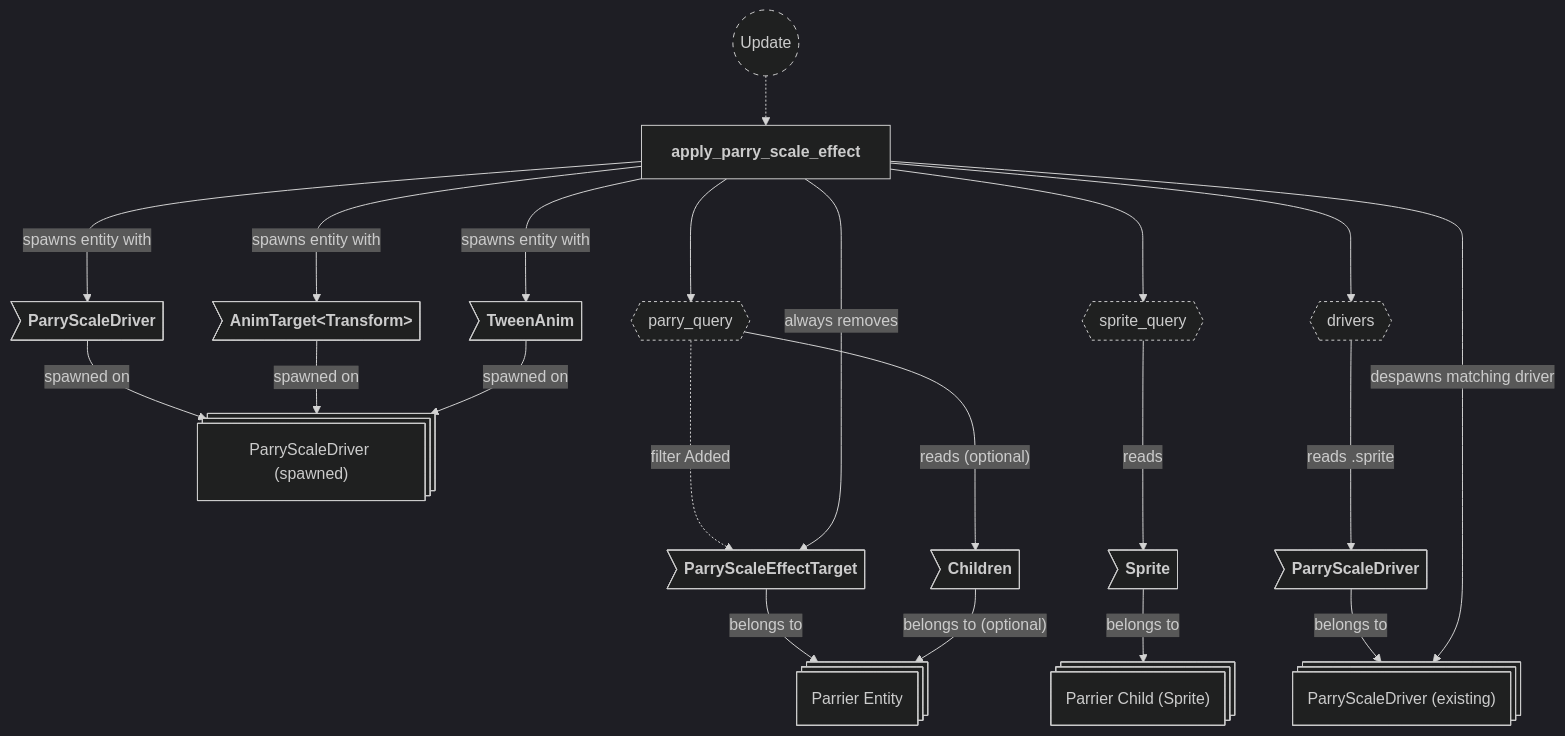
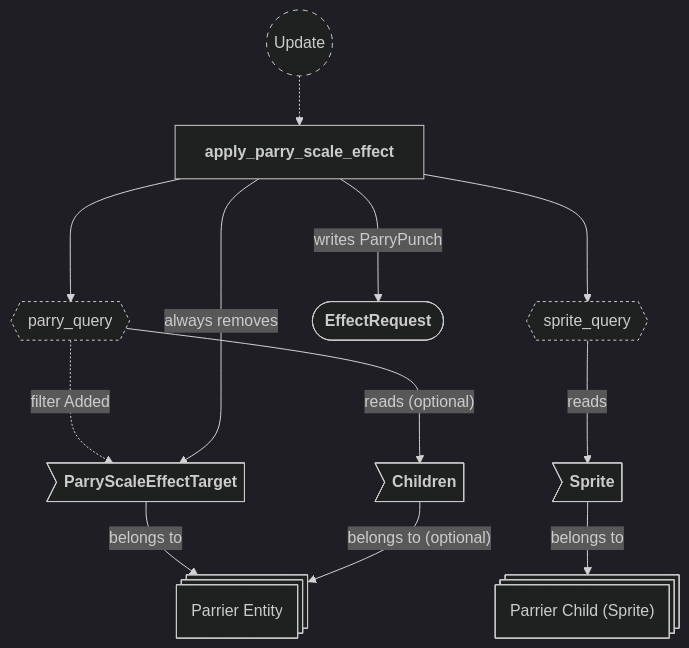
Diagram 26 of 30 in backlog/docs/doc-10 - 008-Effects-plugin.md (neurosoup/tyled), drawn with Mermaid before and after one commit. The commit also changed other lines of this file and 4 other files, not shown here.

First line of the commit message:
Refactor: run damage flash and parry punch through effect drivers and a resolver

````diff
--- a/backlog/docs/doc-10 - 008-Effects-plugin.md
+++ b/backlog/docs/doc-10 - 008-Effects-plugin.md
@@ -1104,52 +1131,35 @@
 ```mermaid
 ---
 config:
   theme: dark
 ---
 
 flowchart TD
 classDef system-group stroke-dasharray: 5 5
 classDef query stroke-dasharray: 3 3
 
 update(("`Update`")):::system-group
 apply_parry_scale_effect["`**apply_parry_scale_effect**`"]
 
 update -.-> apply_parry_scale_effect
 
 parry_query{{"`parry_query`"}}:::query
 sprite_query{{"`sprite_query`"}}:::query
-driver_query{{"`drivers`"}}:::query
 apply_parry_scale_effect ---> parry_query
 apply_parry_scale_effect ---> sprite_query
-apply_parry_scale_effect ---> driver_query
 
 parrier_entity@{ shape: st-rect, label: "Parrier Entity" }
 pe_target>"`**ParryScaleEffectTarget**`"] --> |belongs to| parrier_entity
 pe_children>"`**Children**`"] --> |"belongs to (optional)"| parrier_entity
 
 parry_query -..-> |filter Added| pe_target
 parry_query ---> |"reads (optional)"| pe_children
 apply_parry_scale_effect ---> |always removes| pe_target
 
 sprite_entity@{ shape: st-rect, label: "Parrier Child (Sprite)" }
 se_sprite>"`**Sprite**`"] --> |belongs to| sprite_entity
 sprite_query ---> |reads| se_sprite
 
-driver_entity@{ shape: st-rect, label: "ParryScaleDriver (existing)" }
-de_driver>"`**ParryScaleDriver**`"] --> |belongs to| driver_entity
-driver_query ---> |reads .sprite| de_driver
-apply_parry_scale_effect ---> |despawns matching driver| driver_entity
-
-new_driver_entity@{ shape: st-rect, label: "ParryScaleDriver (spawned)" }
-nd_driver>"`**ParryScaleDriver**`"]
-nd_anim_target>"`**AnimTarget#60;Transform#62;**`"]
-nd_tween>"`**TweenAnim**`"]
-
-nd_driver --> |spawned on| new_driver_entity
-nd_anim_target --> |spawned on| new_driver_entity
-nd_tween --> |spawned on| new_driver_entity
-
-apply_parry_scale_effect ---> |spawns entity with| nd_driver
-apply_parry_scale_effect ---> |spawns entity with| nd_anim_target
-apply_parry_scale_effect ---> |spawns entity with| nd_tween
+effect_request(["`**EffectRequest**`"])
+apply_parry_scale_effect ---> |writes ParryPunch| effect_request
 ```
````
